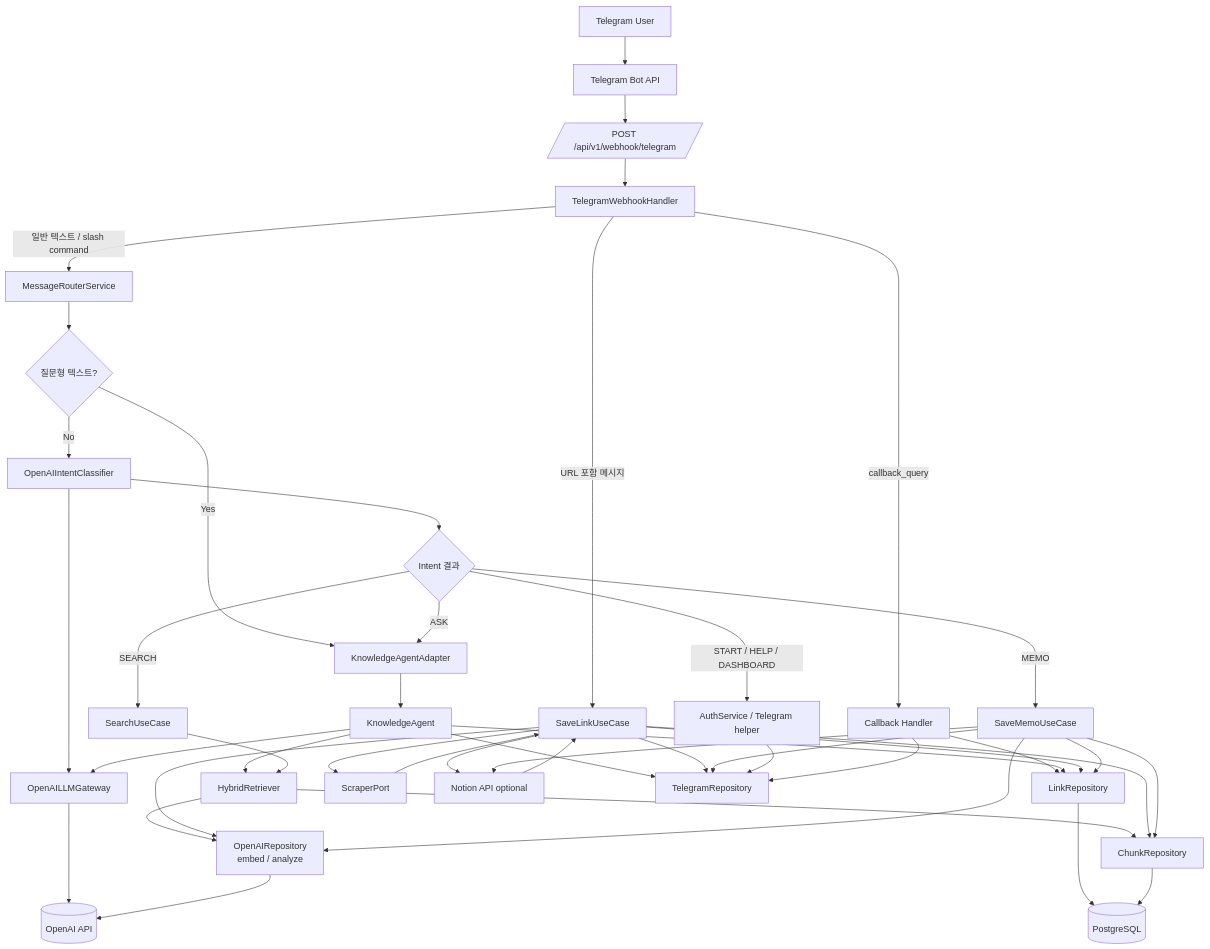
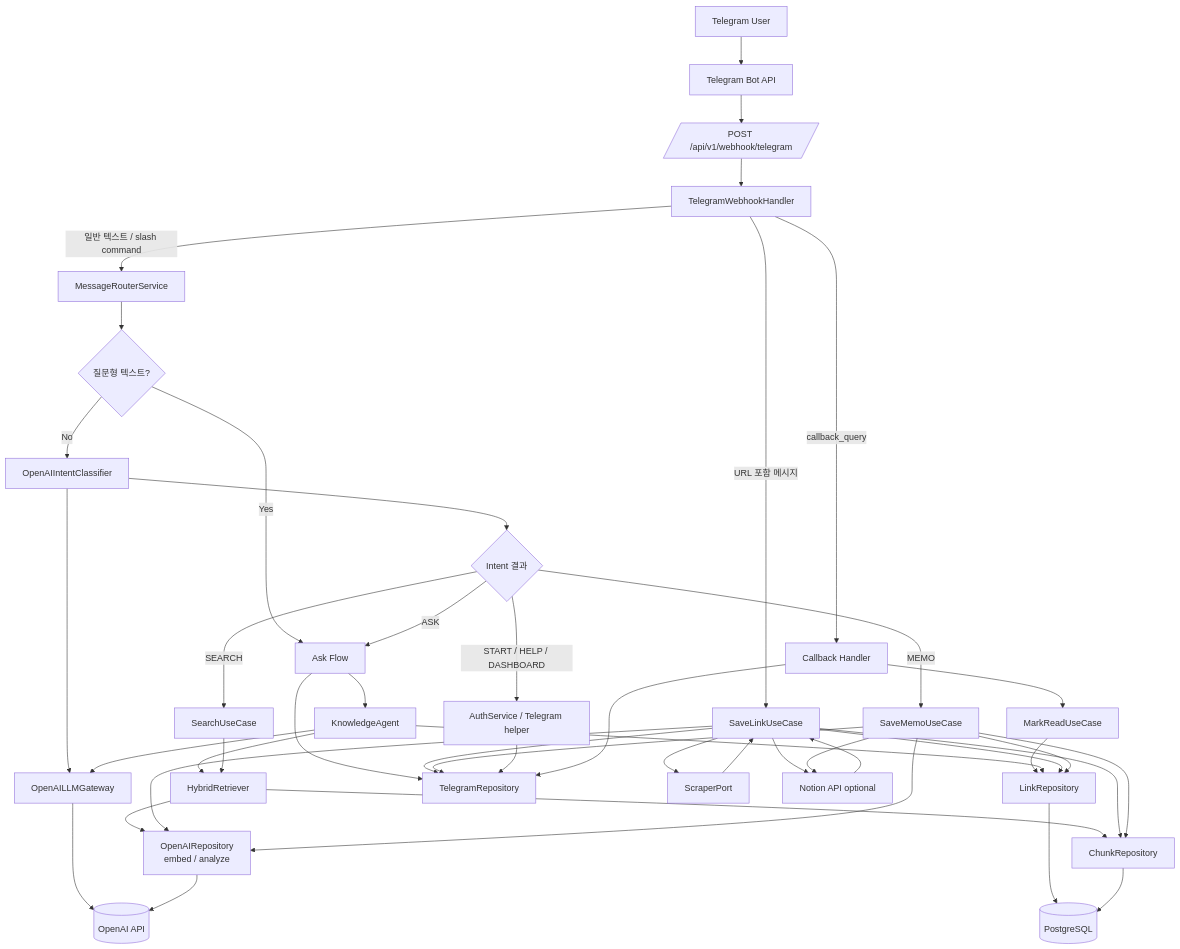
Before and after one commit to chanubc/LinkdBot-RAG: the first of 5 diagrams in docs/current-architecture-mermaid.md, drawn with Mermaid. The commit also changed other lines of this file and 5 other files, not shown here.

````diff
--- a/docs/current-architecture-mermaid.md
+++ b/docs/current-architecture-mermaid.md
@@ -16,56 +16,57 @@
 ```mermaid
 flowchart TB
     user[Telegram User] --> tg[Telegram Bot API]
     tg --> webhook[/POST /api/v1/webhook/telegram/]
     webhook --> handler[TelegramWebhookHandler]
 
     handler -->|callback_query| callback[Callback Handler]
     handler -->|URL 포함 메시지| saveLink[SaveLinkUseCase]
     handler -->|일반 텍스트 / slash command| router[MessageRouterService]
 
-    callback --> linkRepo[LinkRepository]
+    callback --> markRead[MarkReadUseCase]
+    markRead --> linkRepo[LinkRepository]
     linkRepo --> db[(PostgreSQL)]
 
     router --> askLike{질문형 텍스트?}
-    askLike -->|Yes| agentAdapter[KnowledgeAgentAdapter]
+    askLike -->|Yes| askFlow[Ask Flow]
     askLike -->|No| classifier[OpenAIIntentClassifier]
 
     classifier --> llmGateway[OpenAILLMGateway]
     llmGateway --> openai[(OpenAI API)]
     classifier --> intent{Intent 결과}
 
-    intent -->|ASK| agentAdapter
+    intent -->|ASK| askFlow
     intent -->|SEARCH| searchUC[SearchUseCase]
     intent -->|MEMO| saveMemo[SaveMemoUseCase]
     intent -->|START / HELP / DASHBOARD| helper[AuthService / Telegram helper]
 
-    agentAdapter --> knowledgeAgent[KnowledgeAgent]
+    askFlow --> knowledgeAgent[KnowledgeAgent]
     knowledgeAgent --> llmGateway
     knowledgeAgent --> retriever[HybridRetriever]
     knowledgeAgent --> linkRepo
+    askFlow --> telegram[TelegramRepository]
 
     searchUC --> retriever
     retriever --> openaiRepo[OpenAIRepository<br/>embed / analyze]
     openaiRepo --> openai
     retriever --> chunkRepo[ChunkRepository]
     chunkRepo --> db
 
     saveLink --> scraper[ScraperPort]
     scraper --> saveLink
     saveLink --> openaiRepo
     saveLink --> linkRepo
     saveLink --> chunkRepo
     saveLink --> notion[Notion API optional]
     notion --> saveLink
 
     saveMemo --> openaiRepo
     saveMemo --> linkRepo
     saveMemo --> chunkRepo
     saveMemo --> notion
 
-    knowledgeAgent --> telegram[TelegramRepository]
     saveLink --> telegram
     saveMemo --> telegram
     helper --> telegram
     callback --> telegram
 ```
````
